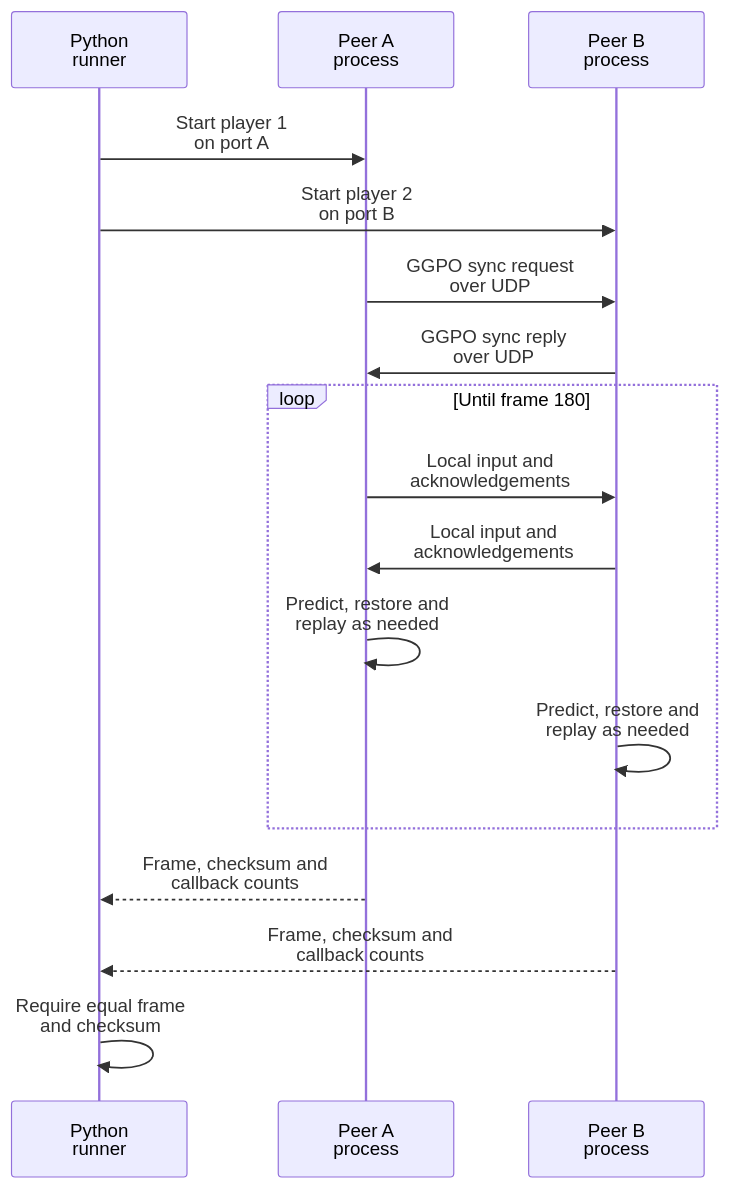
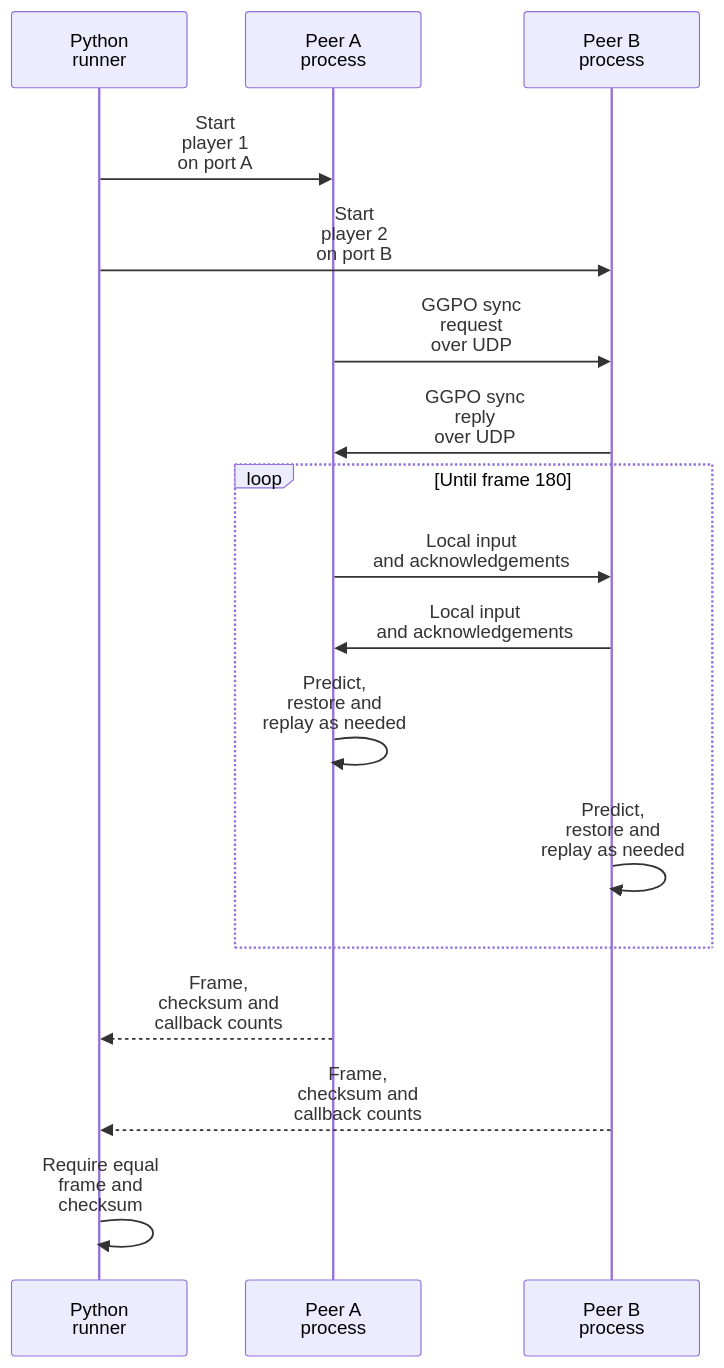
Before and after one commit to irregularthanis/ggpo-next: the third of 3 diagrams in doc/architecture/Testing.md, drawn with Mermaid. The commit also changed other lines of this file, not shown here.

Commit message:
docs: tighten Testing diagram wrapping

````diff
--- a/doc/architecture/Testing.md
+++ b/doc/architecture/Testing.md
@@ -136,20 +136,20 @@
 ```mermaid
 sequenceDiagram
     participant Runner as Python<br/>runner
     participant A as Peer A<br/>process
     participant B as Peer B<br/>process
 
-    Runner->>A: Start player 1<br/>on port A
-    Runner->>B: Start player 2<br/>on port B
-    A->>B: GGPO sync request<br/>over UDP
-    B->>A: GGPO sync reply<br/>over UDP
+    Runner->>A: Start<br/>player 1<br/>on port A
+    Runner->>B: Start<br/>player 2<br/>on port B
+    A->>B: GGPO sync<br/>request<br/>over UDP
+    B->>A: GGPO sync<br/>reply<br/>over UDP
     loop Until frame 180
-        A->>B: Local input and<br/>acknowledgements
-        B->>A: Local input and<br/>acknowledgements
-        A->>A: Predict, restore and<br/>replay as needed
-        B->>B: Predict, restore and<br/>replay as needed
+        A->>B: Local input<br/>and acknowledgements
+        B->>A: Local input<br/>and acknowledgements
+        A->>A: Predict,<br/>restore and<br/>replay as needed
+        B->>B: Predict,<br/>restore and<br/>replay as needed
     end
-    A-->>Runner: Frame, checksum and<br/>callback counts
-    B-->>Runner: Frame, checksum and<br/>callback counts
-    Runner->>Runner: Require equal frame<br/>and checksum
+    A-->>Runner: Frame,<br/>checksum and<br/>callback counts
+    B-->>Runner: Frame,<br/>checksum and<br/>callback counts
+    Runner->>Runner: Require equal<br/>frame and<br/>checksum
 ```
````
